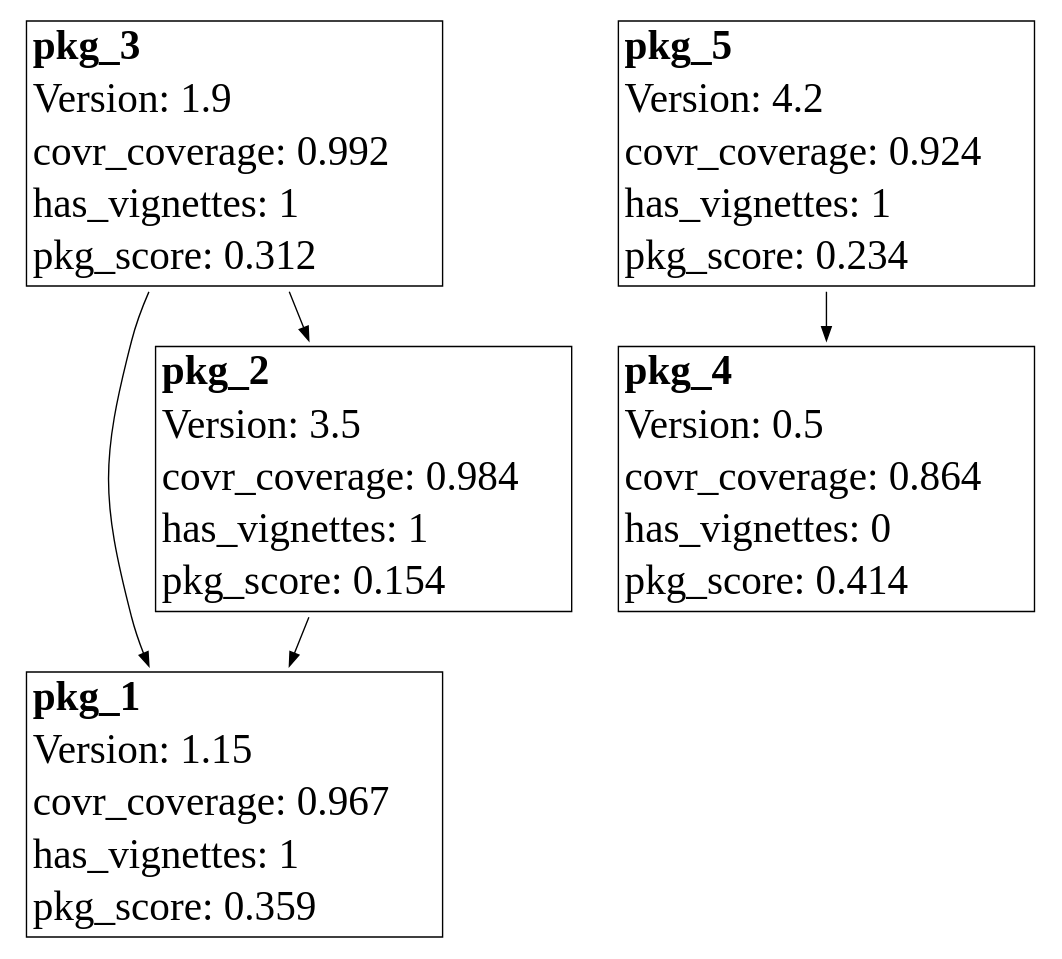
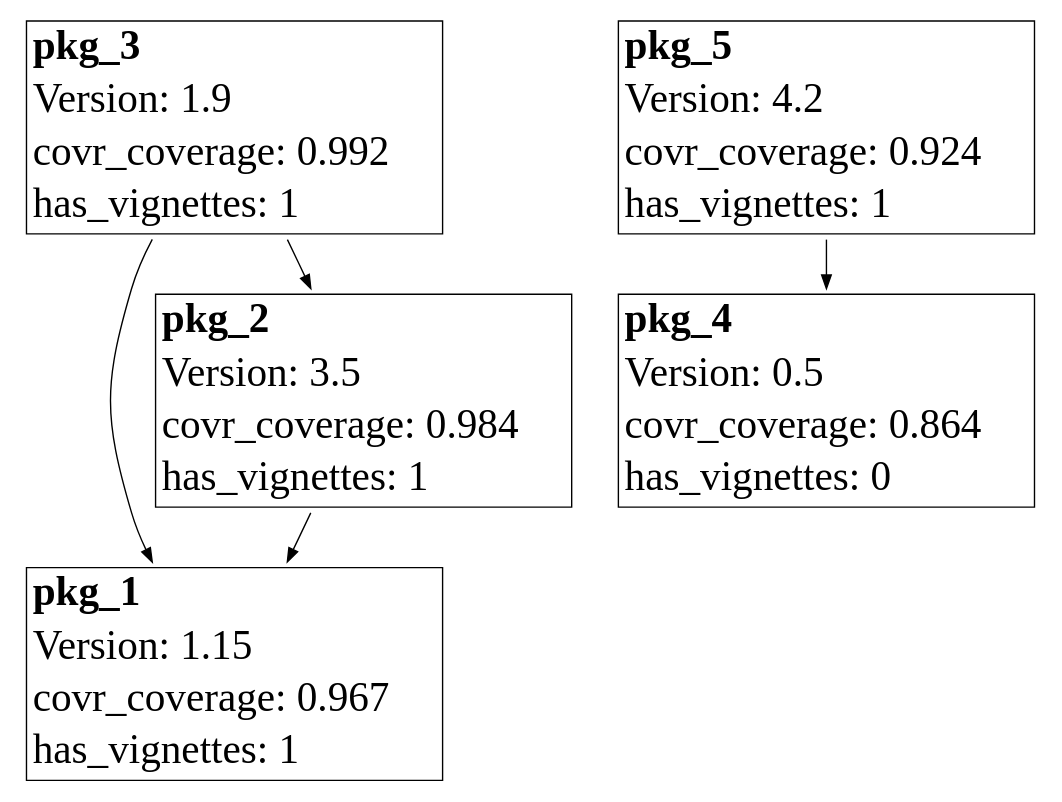
The second of 4 diagrams in index.qmd (pharmaR/events-useR2024), drawn with Graphviz before and after one commit. The commit also changed other lines of this file, not shown here.

````diff
--- a/index.qmd
+++ b/index.qmd
@@ -198,55 +200,50 @@
 ```{dot}
 digraph D {
   node [shape=plaintext fontname="Sans serif" fontsize="30"];
 
   pkg_1 [ label=<
    <table border="1" cellborder="0" cellspacing="1">
      <tr><td align="left"><b>pkg_1</b></td></tr>
      <tr><td align="left">Version: 1.15</td></tr>
      <tr><td align="left">covr_coverage: 0.967</td></tr>
      <tr><td align="left">has_vignettes: 1</td></tr>
-     <tr><td align="left">pkg_score: 0.359</td></tr>
    </table>>];
    
   pkg_2 [ label=<
    <table border="1" cellborder="0" cellspacing="1">
      <tr><td align="left"><b>pkg_2</b></td></tr>
      <tr><td align="left">Version: 3.5</td></tr>
      <tr><td align="left">covr_coverage: 0.984</td></tr>
      <tr><td align="left">has_vignettes: 1</td></tr>
-     <tr><td align="left">pkg_score: 0.154</td></tr>
    </table>>];
    
   pkg_3 [ label=<
    <table border="1" cellborder="0" cellspacing="1">
      <tr><td align="left"><b>pkg_3</b></td></tr>
      <tr><td align="left">Version: 1.9</td></tr>
      <tr><td align="left">covr_coverage: 0.992</td></tr>
      <tr><td align="left">has_vignettes: 1</td></tr>
-     <tr><td align="left">pkg_score: 0.312</td></tr>
    </table>>];
    
   pkg_4 [ label=<
    <table border="1" cellborder="0" cellspacing="1">
      <tr><td align="left"><b>pkg_4</b></td></tr>
      <tr><td align="left">Version: 0.5</td></tr>
      <tr><td align="left">covr_coverage: 0.864</td></tr>
      <tr><td align="left">has_vignettes: 0</td></tr>
-     <tr><td align="left">pkg_score: 0.414</td></tr>
    </table>>];
    
   pkg_5 [ label=<
    <table border="1" cellborder="0" cellspacing="1">
      <tr><td align="left"><b>pkg_5</b></td></tr>
      <tr><td align="left">Version: 4.2</td></tr>
      <tr><td align="left">covr_coverage: 0.924</td></tr>
      <tr><td align="left">has_vignettes: 1</td></tr>
-     <tr><td align="left">pkg_score: 0.234</td></tr>
    </table>>];
 
   pkg_2 -> pkg_1;
   pkg_3 -> pkg_1;
   pkg_3 -> pkg_2;
   pkg_5 -> pkg_4;
 }
 ```
````
